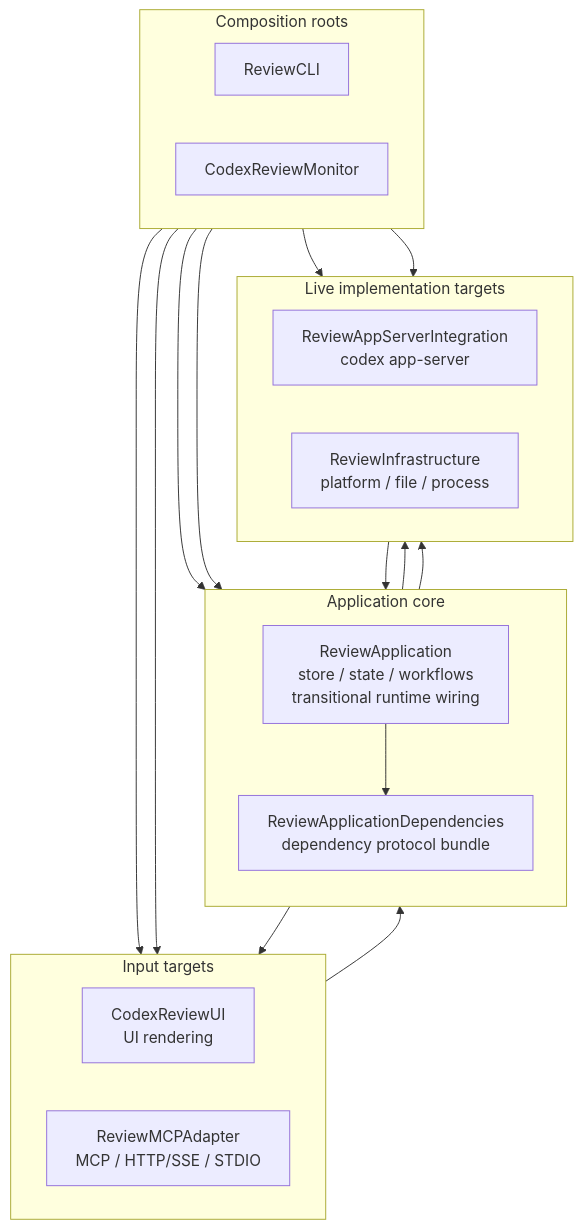
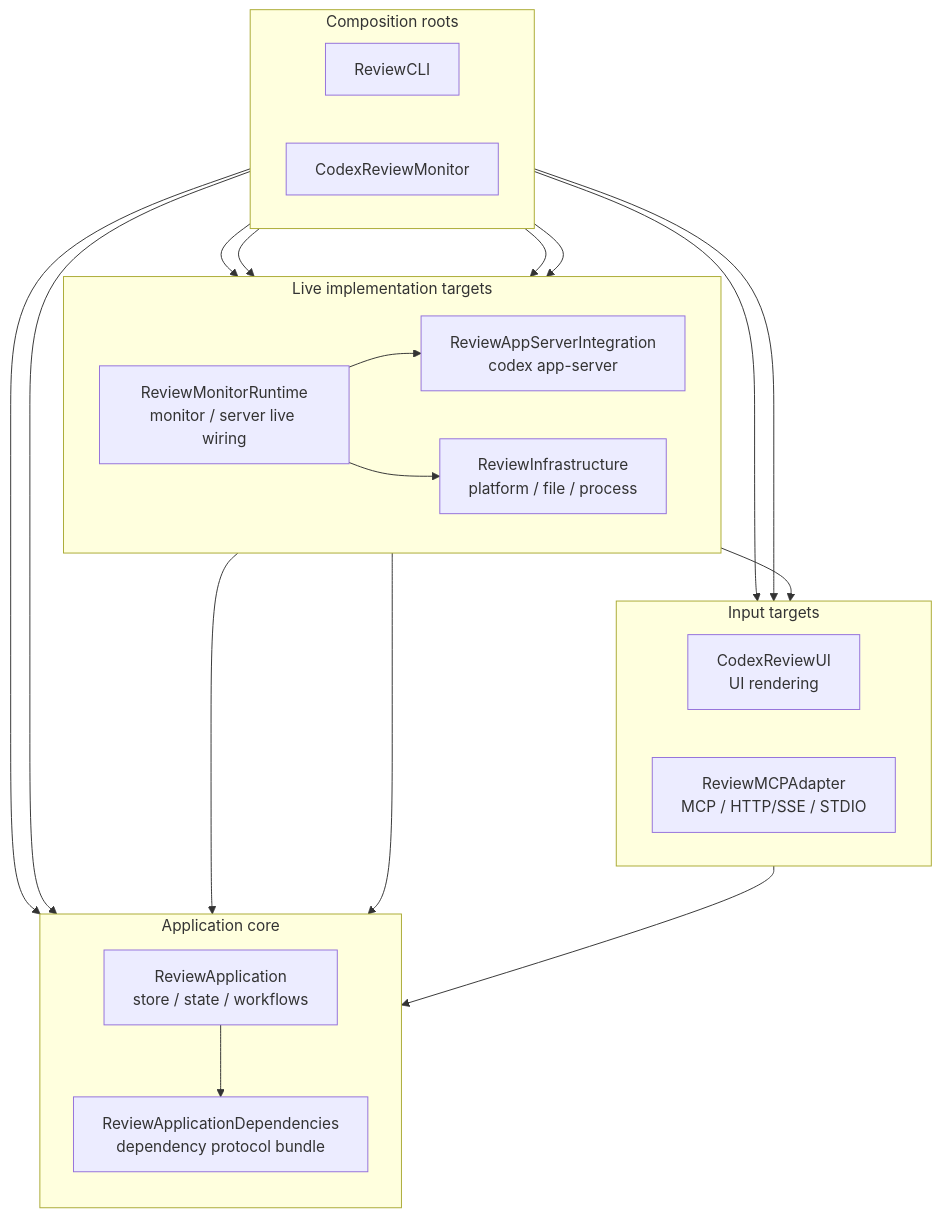
The fifth of 8 diagrams in Docs/architecture-overview.md (lynnswap/CodexReviewMCP), drawn with Mermaid before and after one commit. The commit also changed other lines of this file and 21 other files, not shown here.

Commit message:
refactor(targets): isolate monitor runtime wiring

````diff
--- a/Docs/architecture-overview.md
+++ b/Docs/architecture-overview.md
@@ -206,42 +210,46 @@
 ```mermaid
 flowchart TB
     subgraph Inputs["Input targets"]
         direction LR
         CodexReviewUI["CodexReviewUI<br/>UI rendering"]
         ReviewMCPAdapter["ReviewMCPAdapter<br/>MCP / HTTP/SSE / STDIO"]
     end
 
     subgraph AppCore["Application core"]
         direction TB
-        ReviewApplication["ReviewApplication<br/>store / state / workflows<br/>transitional runtime wiring"]
+        ReviewApplication["ReviewApplication<br/>store / state / workflows"]
         ReviewApplicationDependencies["ReviewApplicationDependencies<br/>dependency protocol bundle"]
         ReviewApplication --> ReviewApplicationDependencies
     end
 
     subgraph Live["Live implementation targets"]
         direction LR
         ReviewAppServerIntegration["ReviewAppServerIntegration<br/>codex app-server"]
         ReviewInfrastructure["ReviewInfrastructure<br/>platform / file / process"]
+        ReviewMonitorRuntime["ReviewMonitorRuntime<br/>monitor / server live wiring"]
     end
 
     subgraph Roots["Composition roots"]
         direction LR
         ReviewCLI["ReviewCLI"]
         CodexReviewMonitor["CodexReviewMonitor"]
     end
 
     CodexReviewUI --> ReviewApplication
 
-    ReviewApplication --> ReviewMCPAdapter
-    ReviewApplication --> ReviewAppServerIntegration
-    ReviewApplication --> ReviewInfrastructure
     ReviewAppServerIntegration --> ReviewApplicationDependencies
+    ReviewMonitorRuntime --> ReviewApplication
+    ReviewMonitorRuntime --> ReviewMCPAdapter
+    ReviewMonitorRuntime --> ReviewAppServerIntegration
+    ReviewMonitorRuntime --> ReviewInfrastructure
 
     ReviewCLI --> ReviewMCPAdapter
     ReviewCLI --> ReviewApplication
+    ReviewCLI --> ReviewMonitorRuntime
     ReviewCLI --> ReviewAppServerIntegration
     ReviewCLI --> ReviewInfrastructure
 
     CodexReviewMonitor --> CodexReviewUI
     CodexReviewMonitor --> ReviewApplication
+    CodexReviewMonitor --> ReviewMonitorRuntime
 ```
````
